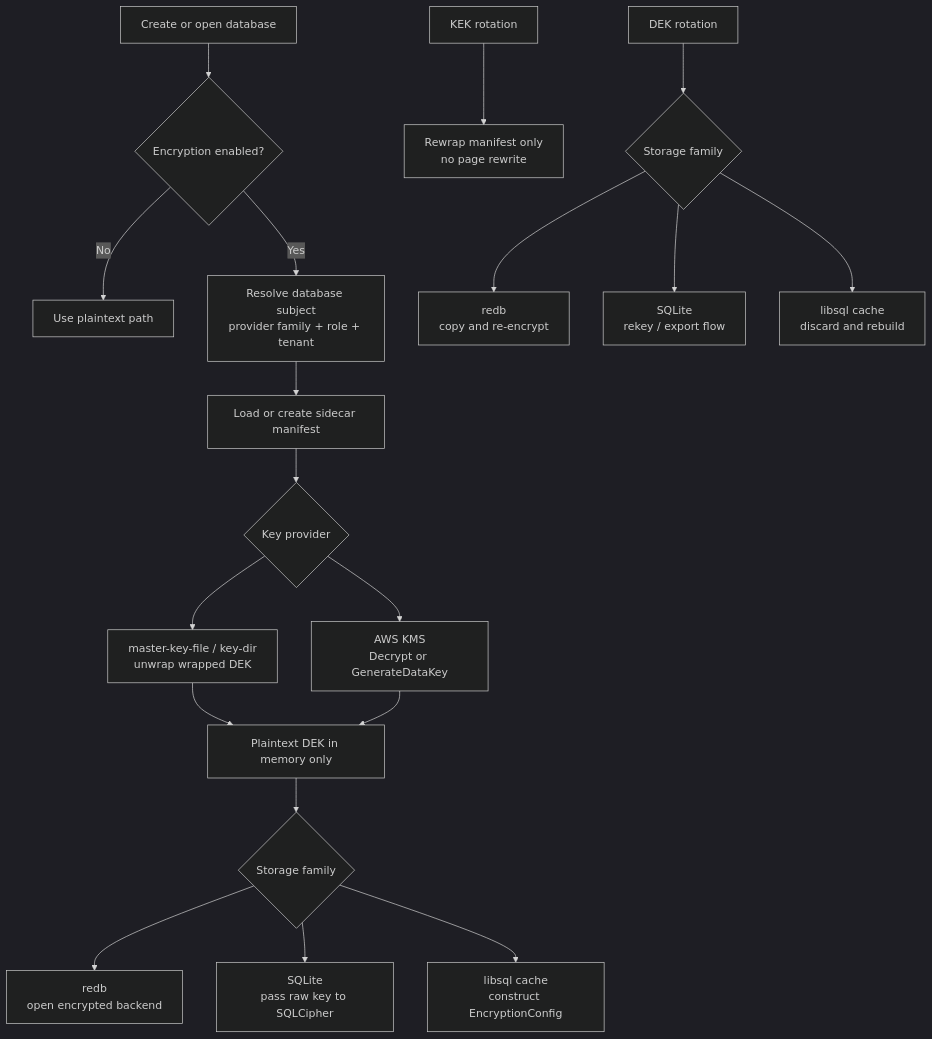
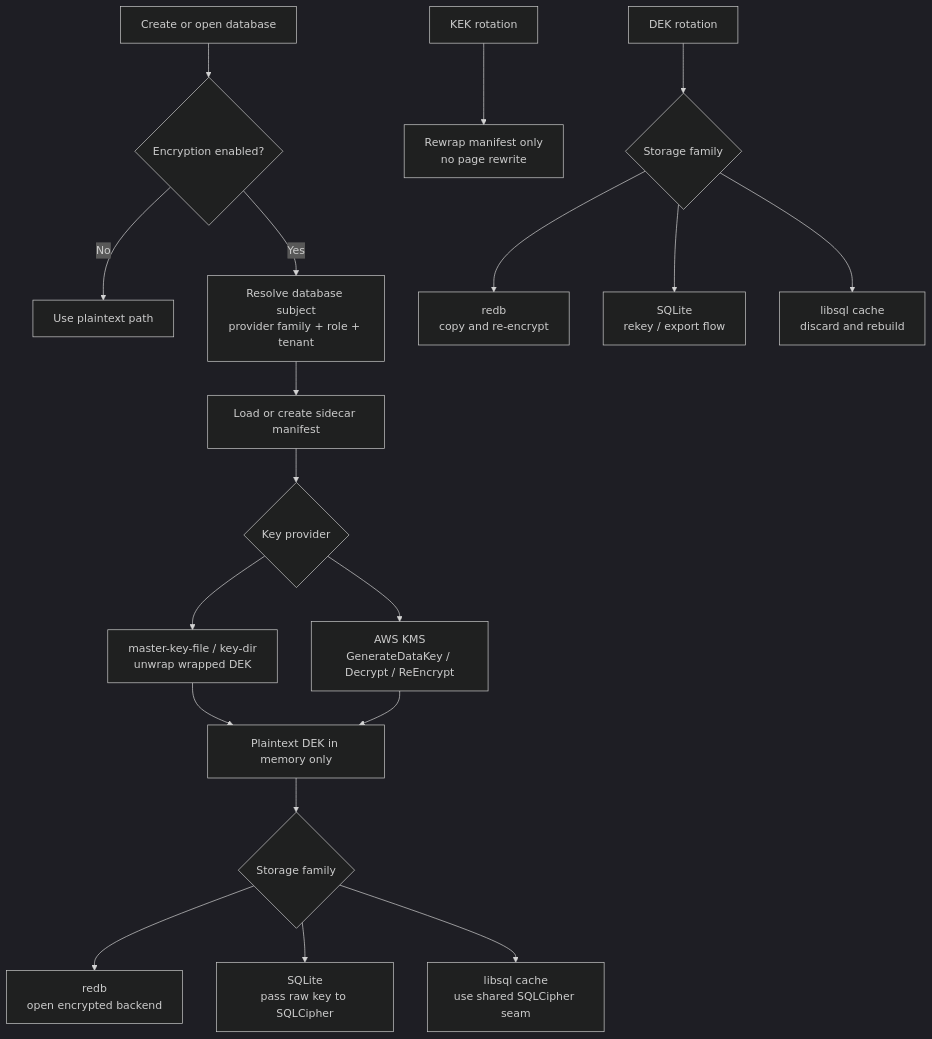
One commit to nimbus/nimbus changed the second of 2 diagrams in docs/architecture/storage/encryption.md. Above: the diagram before and after it, drawn with Mermaid (dark theme). The commit also changed other lines of this file and 94 other files, not shown here.

````diff
--- a/docs/architecture/storage/encryption.md
+++ b/docs/architecture/storage/encryption.md
@@ -262,22 +263,22 @@
 ```mermaid
 flowchart TD
     A["Create or open database"] --> B{"Encryption enabled?"}
     B -- "No" --> P["Use plaintext path"]
     B -- "Yes" --> C["Resolve database subject<br/>provider family + role + tenant"]
     C --> D["Load or create sidecar manifest"]
     D --> E{"Key provider"}
     E --> E1["master-key-file / key-dir<br/>unwrap wrapped DEK"]
-    E --> E2["AWS KMS<br/>Decrypt or GenerateDataKey"]
+    E --> E2["AWS KMS<br/>GenerateDataKey / Decrypt / ReEncrypt"]
     E1 --> F["Plaintext DEK in memory only"]
     E2 --> F
     F --> G{"Storage family"}
     G --> G1["redb<br/>open encrypted backend"]
     G --> G2["SQLite<br/>pass raw key to SQLCipher"]
-    G --> G3["libsql cache<br/>construct EncryptionConfig"]
+    G --> G3["libsql cache<br/>use shared SQLCipher seam"]
 
     H["KEK rotation"] --> I["Rewrap manifest only<br/>no page rewrite"]
     J["DEK rotation"] --> K{"Storage family"}
     K --> K1["redb<br/>copy and re-encrypt"]
     K --> K2["SQLite<br/>rekey / export flow"]
     K --> K3["libsql cache<br/>discard and rebuild"]
 ```
````
